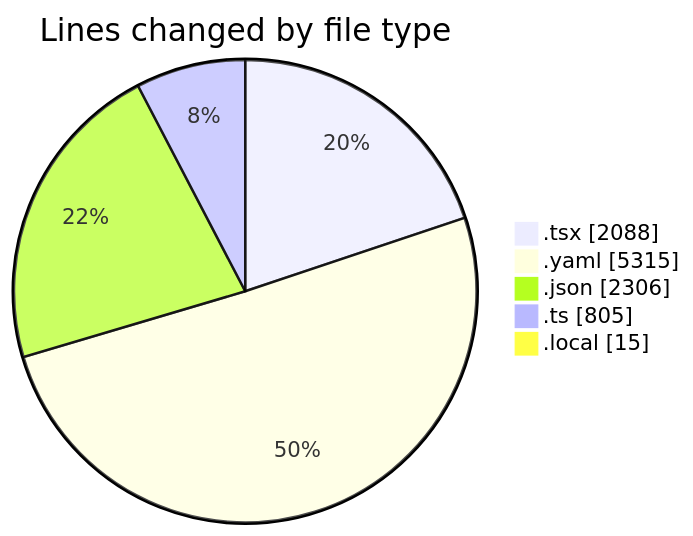
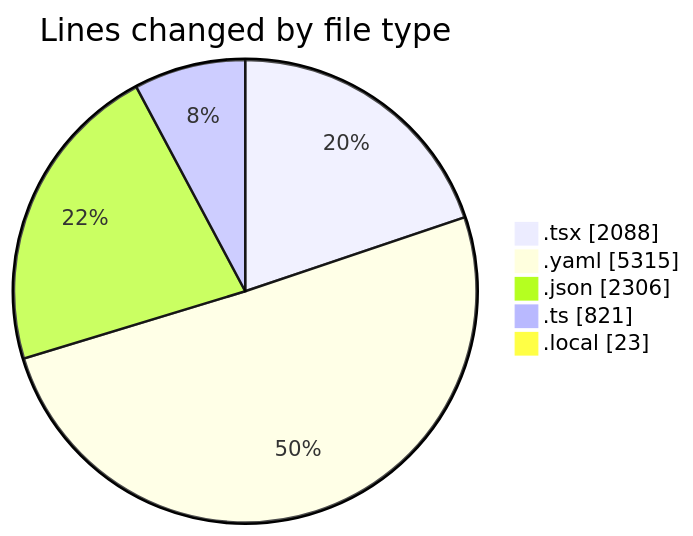
One commit to julien-gomy/code-tracking changed the first of 2 diagrams in 2025-11-07/eventscop-frontend-guide__workspace_/README.md. Above: the diagram before and after it, drawn with Mermaid. The commit also changed other lines of this file and 1 other file, not shown here.

````diff
--- a/2025-11-07/eventscop-frontend-guide__workspace_/README.md
+++ b/2025-11-07/eventscop-frontend-guide__workspace_/README.md
@@ -48,9 +48,9 @@
 ```mermaid
 pie showData
 title Lines changed by file type
 ".tsx" : 2088
 ".yaml" : 5315
 ".json" : 2306
-".ts" : 805
-".local" : 15
+".ts" : 821
+".local" : 23
 ```
````
